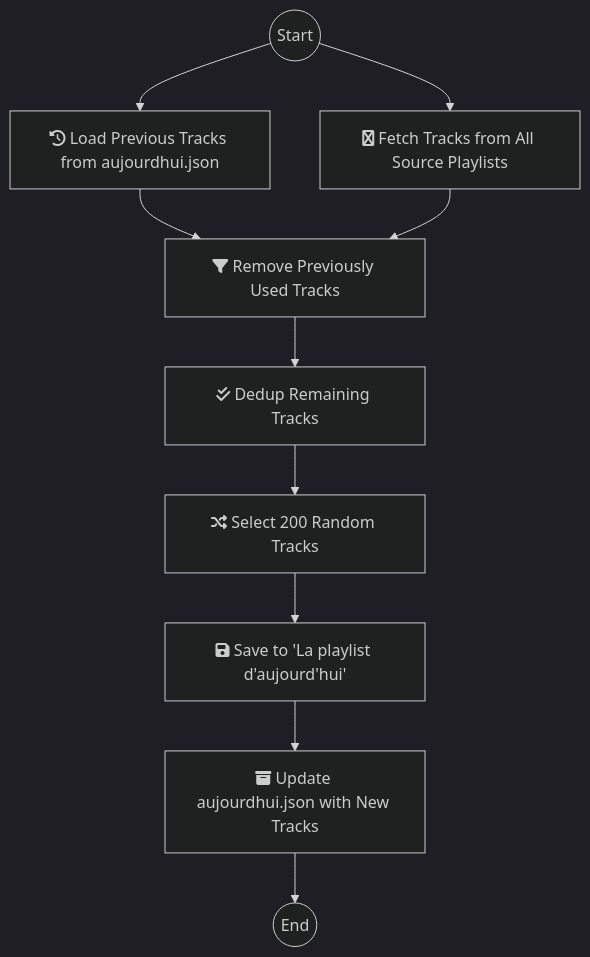
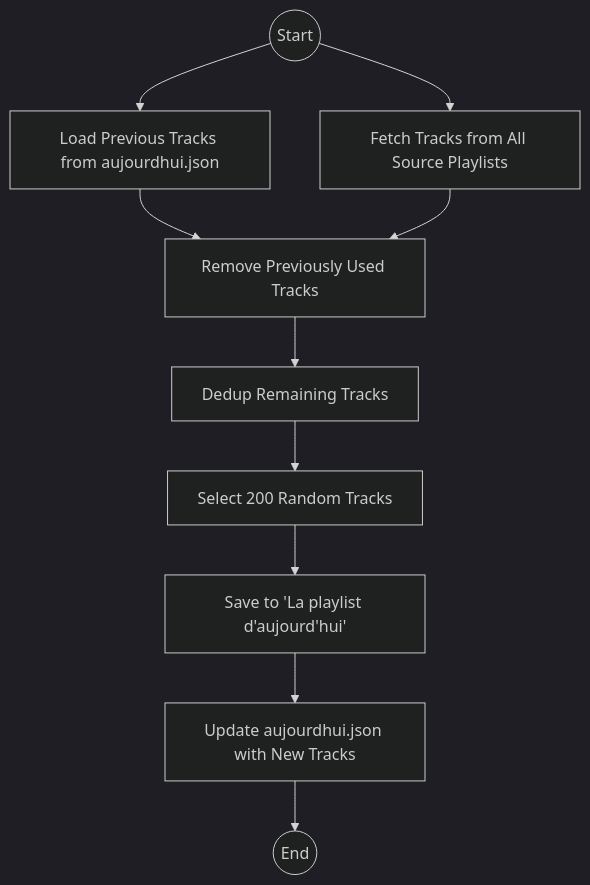
The sixth of 7 diagrams in README.md (froggeric/gas-spotify-automation), drawn with Mermaid (dark theme) before and after one commit. The commit also changed other lines of this file, not shown here.

````diff
--- a/README.md
+++ b/README.md
@@ -181,11 +181,11 @@
 ```mermaid
 graph TD
-    A((Start)) --> B["fa:fa-history Load Previous Tracks from aujourdhui.json"];
-    A --> C["fa:fa-spotify Fetch Tracks from All Source Playlists"];
-    B & C --> D["fa:fa-filter Remove Previously Used Tracks"];
-    D --> E["fa:fa-check-double Dedup Remaining Tracks"];
-    E --> F["fa:fa-random Select 200 Random Tracks"];
-    F --> G["fa:fa-save Save to 'La playlist d'aujourd'hui'"];
-    G --> H["fa:fa-archive Update aujourdhui.json with New Tracks"];
+    A((Start)) --> B["Load Previous Tracks from aujourdhui.json"];
+    A --> C["Fetch Tracks from All Source Playlists"];
+    B & C --> D["Remove Previously Used Tracks"];
+    D --> E["Dedup Remaining Tracks"];
+    E --> F["Select 200 Random Tracks"];
+    F --> G["Save to 'La playlist d'aujourd'hui'"];
+    G --> H["Update aujourdhui.json with New Tracks"];
     H --> I((End));
 ```
````
